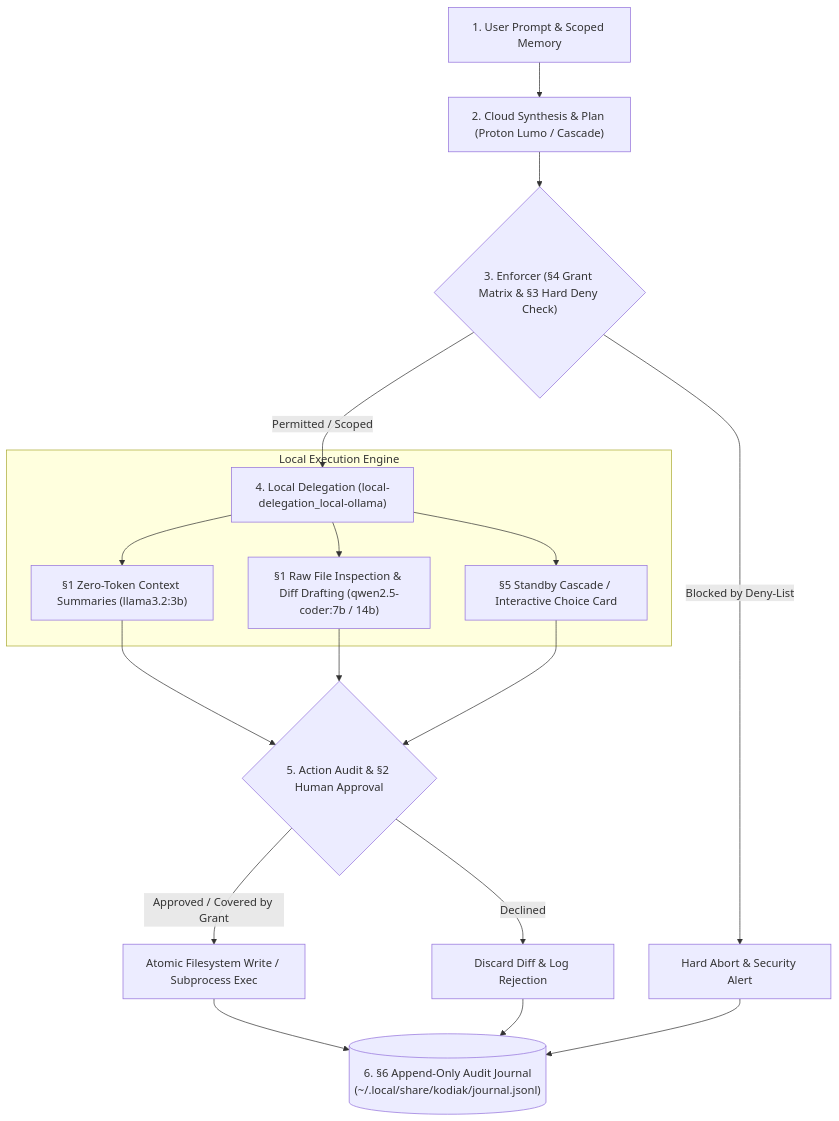
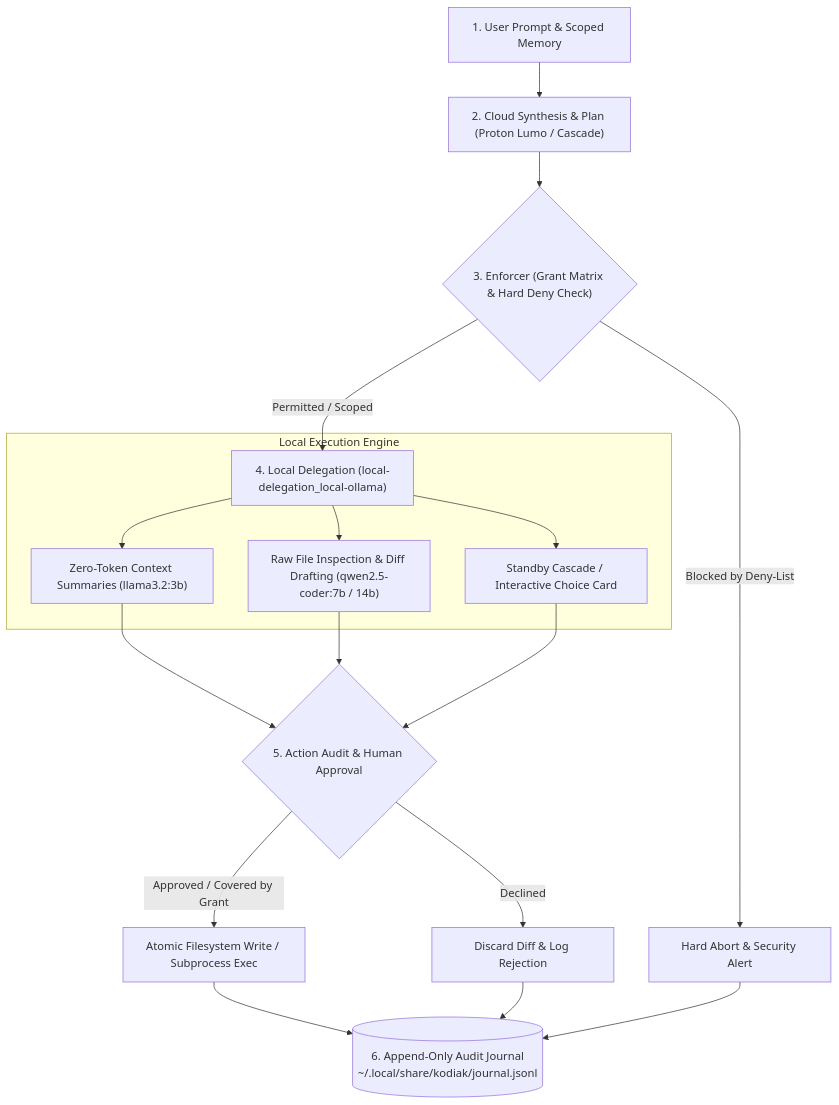
The diagram in README.md (morganlowe/Kodiak), drawn with Mermaid before and after one commit. The commit also changed other lines of this file and 4 other files, not shown here.

````diff
--- a/README.md
+++ b/README.md
@@ -60,20 +55,20 @@
 ```mermaid
 flowchart TD
     Prompt["1. User Prompt & Scoped Memory"] --> Plan["2. Cloud Synthesis & Plan (Proton Lumo / Cascade)"]
-    Plan --> Enforcer{"3. Enforcer (§4 Grant Matrix & §3 Hard Deny Check)"}
-    
+    Plan --> Enforcer{"3. Enforcer (Grant Matrix & Hard Deny Check)"}
+
     Enforcer -->|Blocked by Deny-List| Reject["Hard Abort & Security Alert"]
     Enforcer -->|Permitted / Scoped| Delegation["4. Local Delegation (local-delegation_local-ollama)"]
-    
+
     subgraph Local Execution Engine
-        Delegation --> Summary["§1 Zero-Token Context Summaries (llama3.2:3b)"]
-        Delegation --> CodeGen["§1 Raw File Inspection & Diff Drafting (qwen2.5-coder:7b / 14b)"]
-        Delegation --> Failover["§5 Standby Cascade / Interactive Choice Card"]
+        Delegation --> Summary["Zero-Token Context Summaries (llama3.2:3b)"]
+        Delegation --> CodeGen["Raw File Inspection & Diff Drafting (qwen2.5-coder:7b / 14b)"]
+        Delegation --> Failover["Standby Cascade / Interactive Choice Card"]
     end
-    
-    Summary & CodeGen & Failover --> Approval{"5. Action Audit & §2 Human Approval"}
+
+    Summary & CodeGen & Failover --> Approval{"5. Action Audit & Human Approval"}
     Approval -->|Approved / Covered by Grant| Apply["Atomic Filesystem Write / Subprocess Exec"]
     Approval -->|Declined| Discard["Discard Diff & Log Rejection"]
-    
-    Apply & Discard & Reject --> Journal[("6. §6 Append-Only Audit Journal\n(~/.local/share/kodiak/journal.jsonl)")]
+
+    Apply & Discard & Reject --> Journal[("6. Append-Only Audit Journal<br/>~/.local/share/kodiak/journal.jsonl")]
 ```
````
